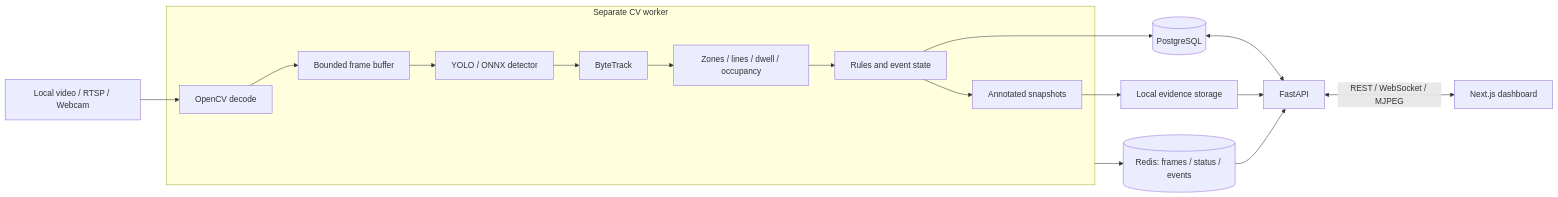
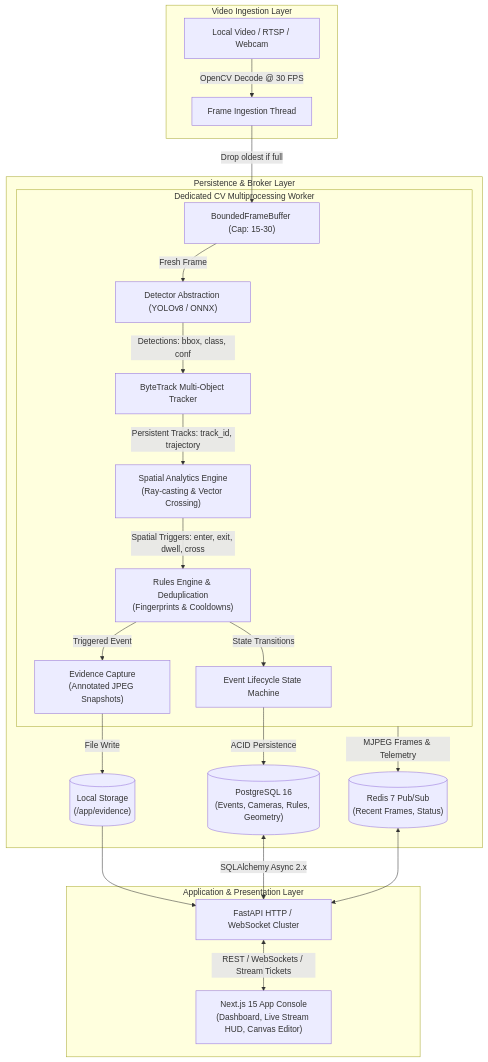
Before and after one commit to sohaib-0897/VigilAi: the diagram in README.md, drawn with Mermaid. The commit also changed other lines of this file and 10 other files, not shown here.

First line of the commit message:
docs: audit and modernize repository presentation with live screenshots and verified metrics

````diff
--- a/README.md
+++ b/README.md
@@ -29,19 +46,29 @@
 ```mermaid
-flowchart LR
-    Source[Local video / RTSP / Webcam] --> Decode[OpenCV decode]
-    subgraph Worker[Separate CV worker]
-        Decode --> Buffer[Bounded frame buffer]
-        Buffer --> Detector[YOLO / ONNX detector]
-        Detector --> Tracker[ByteTrack]
-        Tracker --> Analytics[Zones / lines / dwell / occupancy]
-        Analytics --> Rules[Rules and event state]
-        Rules --> Evidence[Annotated snapshots]
+flowchart TD
+    subgraph Ingestion["Video Ingestion Layer"]
+        Source["Local Video / RTSP / Webcam"] -->|OpenCV Decode @ 30 FPS| Decode["Frame Ingestion Thread"]
     end
-    Rules --> DB[(PostgreSQL)]
-    Evidence --> Storage[Local evidence storage]
-    Worker --> Redis[(Redis: frames / status / events)]
-    DB <--> API[FastAPI]
-    Storage --> API
-    Redis --> API
-    API <-->|REST / WebSocket / MJPEG| UI[Next.js dashboard]
+
+    subgraph Worker["Dedicated CV Multiprocessing Worker"]
+        Decode -->|Drop oldest if full| Buffer["BoundedFrameBuffer (Cap: 15-30)"]
+        Buffer -->|Fresh Frame| Detector["Detector Abstraction (YOLOv8 / ONNX)"]
+        Detector -->|Detections: bbox, class, conf| Tracker["ByteTrack Multi-Object Tracker"]
+        Tracker -->|Persistent Tracks: track_id, trajectory| Analytics["Spatial Analytics Engine\n(Ray-casting & Vector Crossing)"]
+        Analytics -->|Spatial Triggers: enter, exit, dwell, cross| Rules["Rules Engine & Deduplication\n(Fingerprints & Cooldowns)"]
+        Rules -->|Triggered Event| Evidence["Evidence Capture\n(Annotated JPEG Snapshots)"]
+        Rules -->|State Transitions| EventState["Event Lifecycle State Machine"]
+    end
+
+    subgraph Storage["Persistence & Broker Layer"]
+        EventState -->|ACID Persistence| DB[("PostgreSQL 16\n(Events, Cameras, Rules, Geometry)")]
+        Evidence -->|File Write| Disk[("Local Storage\n(/app/evidence)")]
+        Worker -->|MJPEG Frames & Telemetry| Redis[("Redis 7 Pub/Sub\n(Recent Frames, Status)")]
+    end
+
+    subgraph Service["Application & Presentation Layer"]
+        DB <-->|SQLAlchemy Async 2.x| API["FastAPI HTTP / WebSocket Cluster"]
+        Redis <--> API
+        Disk --> API
+        API <-->|REST / WebSockets / Stream Tickets| Web["Next.js 15 App Console\n(Dashboard, Live Stream HUD, Canvas Editor)"]
+    end
 ```
````
